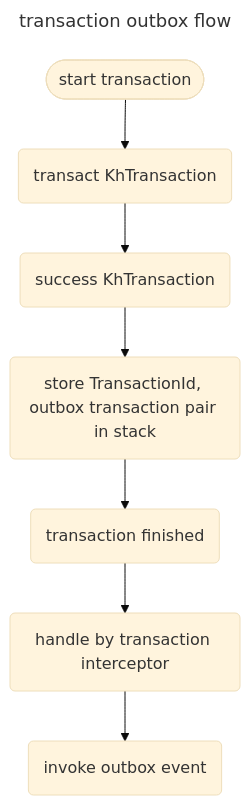
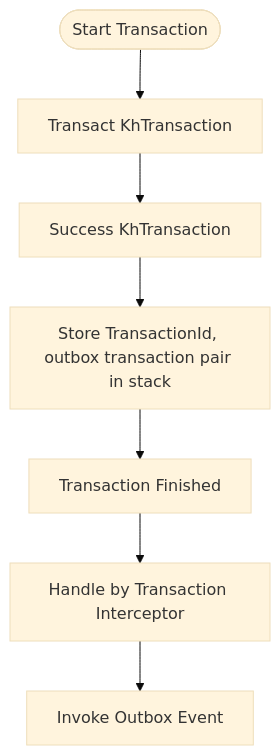
Before and after one commit to keyhub-projects/distributed-transaction-kit: the second of 5 diagrams in README.md, drawn with Mermaid (base theme). The commit also changed other lines of this file and 51 other files, not shown here.

````diff
--- a/README.md
+++ b/README.md
@@ -45,14 +84,9 @@
 ```mermaid
----
-title: transaction outbox flow
----
-flowchart
-    start([start transaction])
-    khTransaction(transact KhTransaction)
-    khTransactionSuccess(success KhTransaction)
-    storeTransactionId(store TransactionId, outbox transaction pair in stack)
-    finishTransaction(transaction finished)
-    handleByInterceptor(handle by transaction interceptor)
-    invokeOutboxEventByStore(invoke outbox event)
-    start --> khTransaction --> khTransactionSuccess --> storeTransactionId --> finishTransaction --> handleByInterceptor --> invokeOutboxEventByStore
+flowchart TD
+    start([Start Transaction]) --> khTransaction["Transact KhTransaction"]
+    khTransaction --> khTransactionSuccess["Success KhTransaction"]
+    khTransactionSuccess --> storeTransactionId["Store TransactionId, outbox transaction pair in stack"]
+    storeTransactionId --> finishTransaction["Transaction Finished"]
+    finishTransaction --> handleByInterceptor["Handle by Transaction Interceptor"]
+    handleByInterceptor --> invokeOutboxEventByStore["Invoke Outbox Event"]
 ```
````
